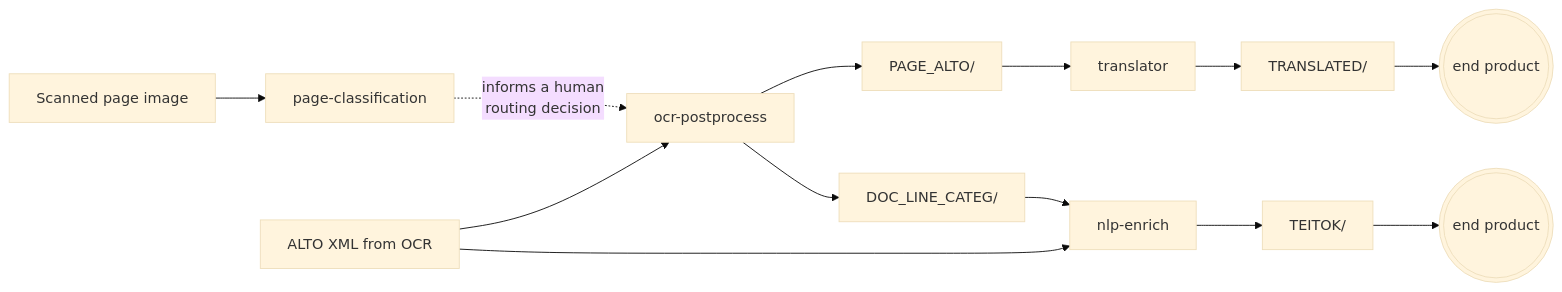
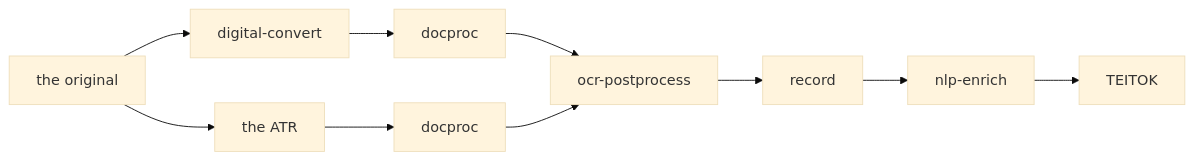
One commit to ufal/atrium-project changed the second of 2 diagrams in docs_site/pipelines.md. Above: the diagram before and after it, drawn with Mermaid (base theme). The commit also changed other lines of this file and 85 other files, not shown here.

````diff
--- a/docs_site/pipelines.md
+++ b/docs_site/pipelines.md
@@ -73,15 +110,12 @@
 ```mermaid
 flowchart LR
-  SCAN[Scanned page image] --> PC[page-classification]
-  PC -. informs a human<br/>routing decision .-> ALTO[ocr-postprocess]
-  OCR[ALTO XML from OCR] --> ALTO
-  ALTO --> PA[PAGE_ALTO/]
-  ALTO --> DLC[DOC_LINE_CATEG/]
-  PA --> TR[translator]
-  TR --> TXL[TRANSLATED/]
-  TXL --> END(((end product)))
-  DLC --> NLP[nlp-enrich]
-  OCR --> NLP
-  NLP --> TT[TEITOK/]
-  TT --> END2(((end product)))
+  ORIG[the original] --> DC[digital-convert]
+  DC --> DP1[docproc]
+  ORIG --> ATR[the ATR]
+  ATR --> DP2[docproc]
+  DP1 --> OP[ocr-postprocess]
+  DP2 --> OP
+  OP --> REC[record]
+  REC --> NLP[nlp-enrich]
+  NLP --> TT[TEITOK]
 ```
````
